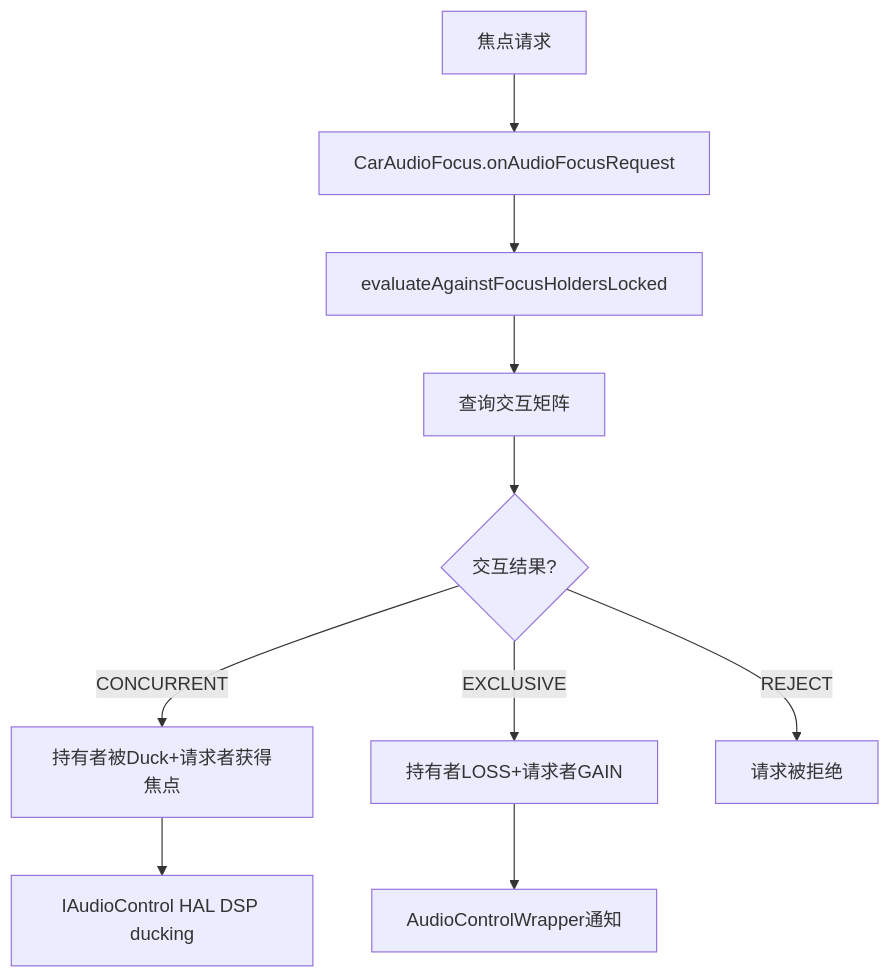
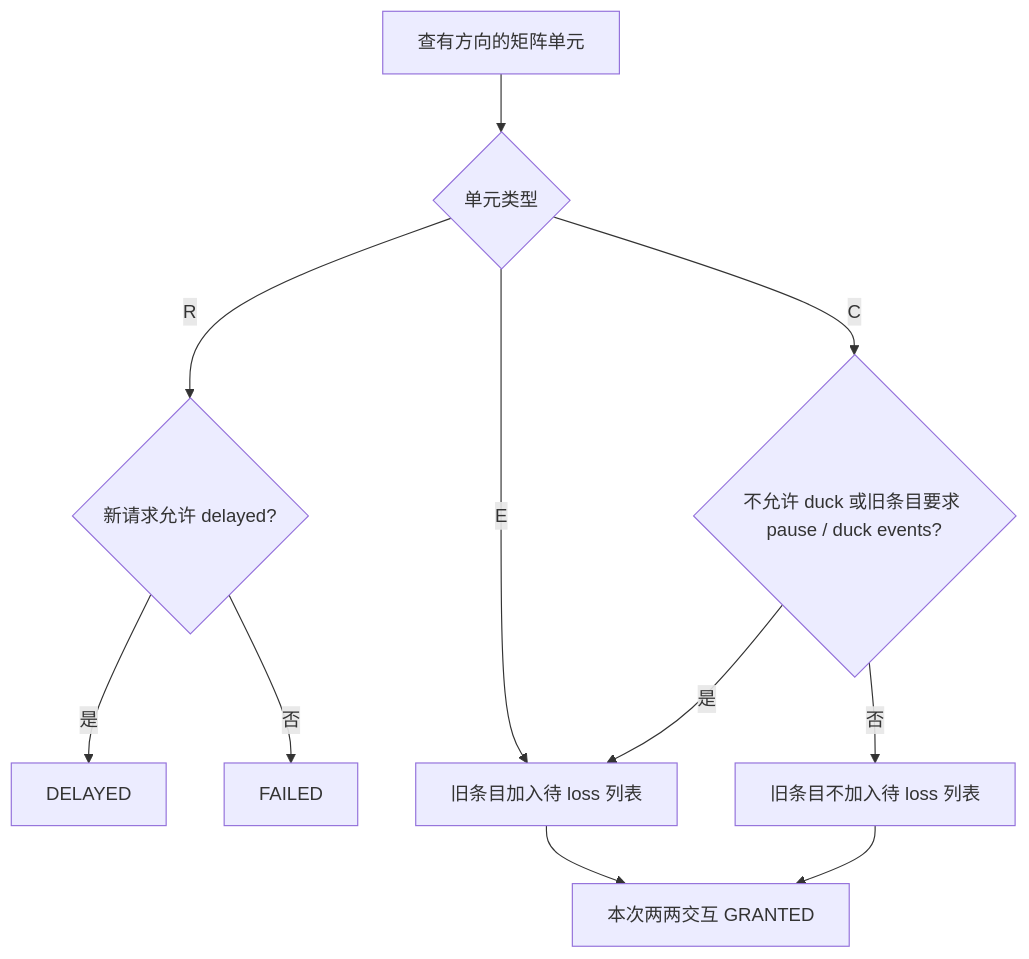
One commit to yanglinzhen1022/SA8295_AAOS_QNX_Audio_KnowledgeBase changed the diagram in 12_Audio_Focus_Deep_Dive/12_12.6_AAOS焦点交互矩阵.md. Above: the diagram before and after it, drawn with Mermaid. The commit also changed other lines of this file and 13 other files, not shown here.

````diff
--- a/12_Audio_Focus_Deep_Dive/12_12.6_AAOS焦点交互矩阵.md
+++ b/12_Audio_Focus_Deep_Dive/12_12.6_AAOS焦点交互矩阵.md
@@ -33,12 +60,13 @@
 ```mermaid
-flowchart TB
-    REQ[焦点请求] --> CAF[CarAudioFocus.onAudioFocusRequest]
-    CAF --> EVAL[evaluateAgainstFocusHoldersLocked]
-    EVAL --> MATRIX[查询交互矩阵]
-    MATRIX --> RESULT{交互结果?}
-    RESULT -->|CONCURRENT| DUCK[持有者被Duck+请求者获得焦点]
-    RESULT -->|EXCLUSIVE| EXCL[持有者LOSS+请求者GAIN]
-    RESULT -->|REJECT| REJ[请求被拒绝]
-    DUCK --> HAL1[IAudioControl HAL DSP ducking]
-    EXCL --> HAL2[AudioControlWrapper通知]
+flowchart TD
+    T[查有方向的矩阵单元] --> R{单元类型}
+    R -->|R| D{新请求允许 delayed?}
+    D -->|是| DL[DELAYED]
+    D -->|否| F[FAILED]
+    R -->|E| L[旧条目加入待 loss 列表]
+    R -->|C| C{不允许 duck 或旧条目要求 pause / duck events?}
+    C -->|是| L
+    C -->|否| K[旧条目不加入待 loss 列表]
+    L --> G[本次两两交互 GRANTED]
+    K --> G
 ```
````
